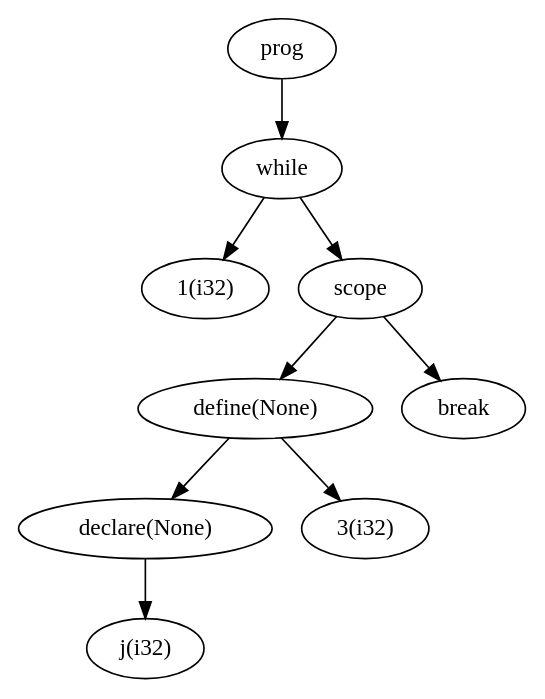
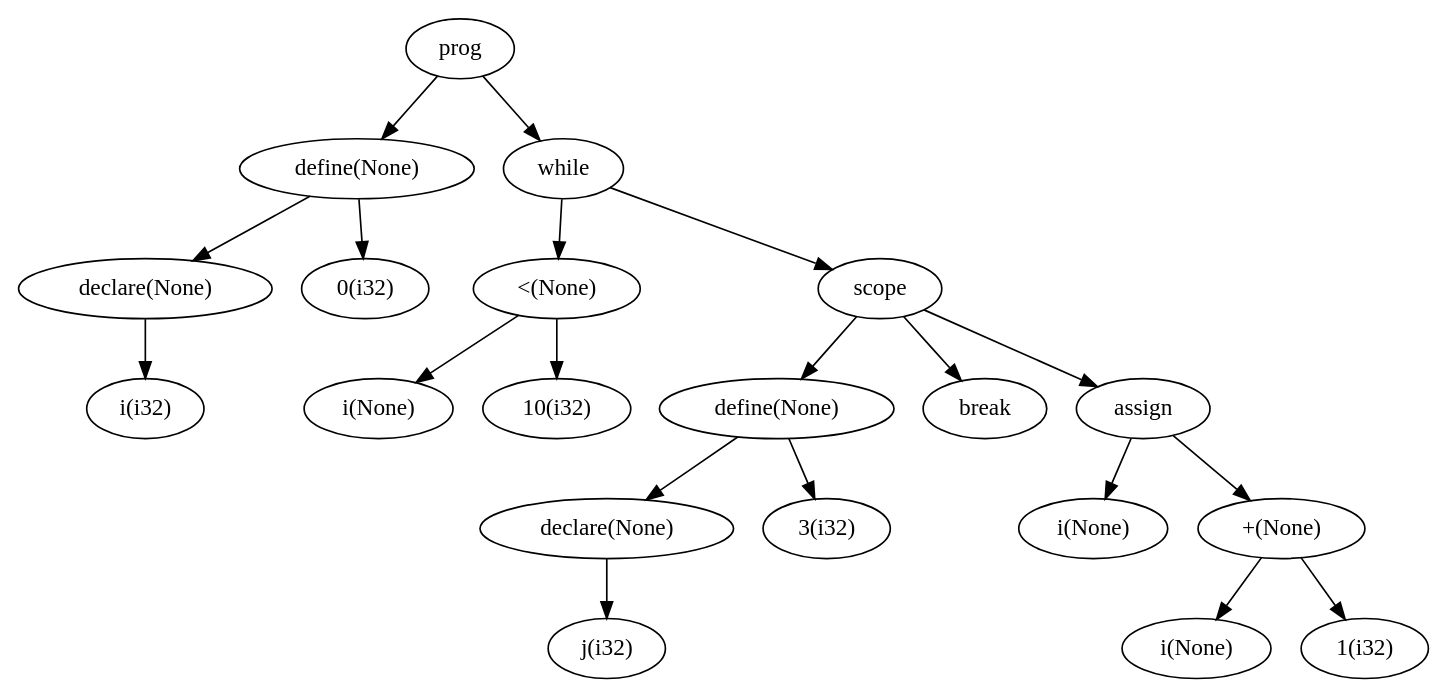
Before and after one commit to sampieters/compiler: the diagram in AST.dot, drawn with Graphviz. The commit also changed 8 other files, not shown here.

```diff
--- a/AST.dot
+++ b/AST.dot
@@ -1,19 +1,41 @@
 digraph AST {
 	node1[label="prog"]
+	node3[label="define(None)"]
+	node1->node3
+	node4[label="declare(None)"]
+	node3->node4
+	node5[label="i(i32)"]
+	node4->node5
+	node6[label="0(i32)"]
+	node3->node6
 	node2[label="while"]
 	node1->node2
-	node3[label="1(i32)"]
-	node2->node3
-	node4[label="scope"]
-	node2->node4
-	node5[label="define(None)"]
-	node4->node5
-	node6[label="declare(None)"]
-	node5->node6
-	node7[label="j(i32)"]
-	node6->node7
-	node8[label="3(i32)"]
-	node5->node8
-	node9[label="break"]
-	node4->node9
+	node7[label="<(None)"]
+	node2->node7
+	node8[label="i(None)"]
+	node7->node8
+	node9[label="10(i32)"]
+	node7->node9
+	node15[label="scope"]
+	node2->node15
+	node16[label="define(None)"]
+	node15->node16
+	node17[label="declare(None)"]
+	node16->node17
+	node18[label="j(i32)"]
+	node17->node18
+	node19[label="3(i32)"]
+	node16->node19
+	node20[label="break"]
+	node15->node20
+	node10[label="assign"]
+	node15->node10
+	node11[label="i(None)"]
+	node10->node11
+	node12[label="+(None)"]
+	node10->node12
+	node13[label="i(None)"]
+	node12->node13
+	node14[label="1(i32)"]
+	node12->node14
 }
```
